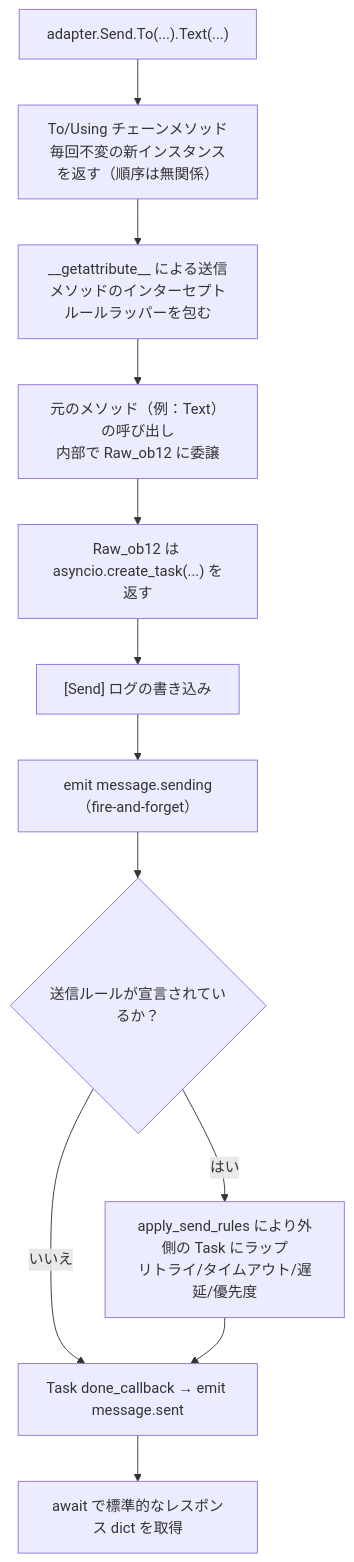
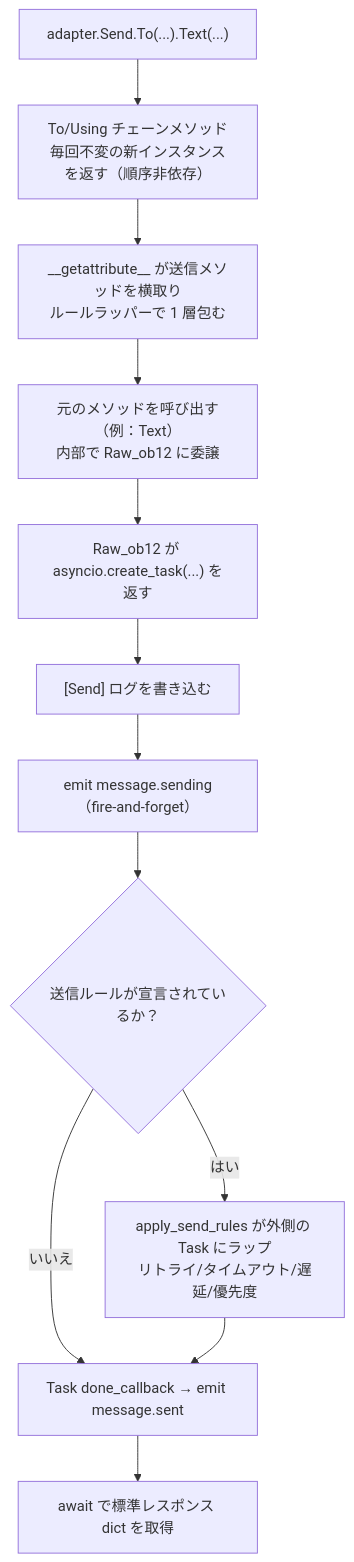
The second of 2 diagrams in docs/ja/developer-guide/adapters/send-dsl.md (ErisPulse/ErisPulse), drawn with Mermaid before and after one commit. The commit also changed other lines of this file and 115 other files, not shown here.

````diff
--- a/docs/ja/developer-guide/adapters/send-dsl.md
+++ b/docs/ja/developer-guide/adapters/send-dsl.md
@@ -577,14 +581,14 @@
 ```mermaid
 flowchart TD
-    A["adapter.Send.To(...).Text(...)"] --> B["To/Using チェーンメソッド<br/>毎回不変の新インスタンスを返す（順序は無関係）"]
-    B --> C["__getattribute__ による送信メソッドのインターセプト<br/>ルールラッパーを包む"]
-    C --> D["元のメソッド（例：Text）の呼び出し<br/>内部で Raw_ob12 に委譲"]
-    D --> E["Raw_ob12 は asyncio.create_task(...) を返す"]
-    E --> F["[Send] ログの書き込み"]
+    A["adapter.Send.To(...).Text(...)"] --> B["To/Using チェーンメソッド<br/>毎回不変の新インスタンスを返す（順序非依存）"]
+    B --> C["__getattribute__ が送信メソッドを横取り<br/>ルールラッパーで 1 層包む"]
+    C --> D["元のメソッドを呼び出す（例：Text）<br/>内部で Raw_ob12 に委譲"]
+    D --> E["Raw_ob12 が asyncio.create_task(...) を返す"]
+    E --> F["[Send] ログを書き込む"]
     F --> G["emit message.sending（fire-and-forget）"]
     G --> H{"送信ルールが宣言されているか？"}
     H -->|"いいえ"| I["Task done_callback → emit message.sent"]
-    H -->|"はい"| J["apply_send_rules により外側の Task にラップ<br/>リトライ/タイムアウト/遅延/優先度"]
+    H -->|"はい"| J["apply_send_rules が外側の Task にラップ<br/>リトライ/タイムアウト/遅延/優先度"]
     J --> I
-    I --> K["await で標準的なレスポンス dict を取得"]
+    I --> K["await で標準レスポンス dict を取得"]
 ```
````
